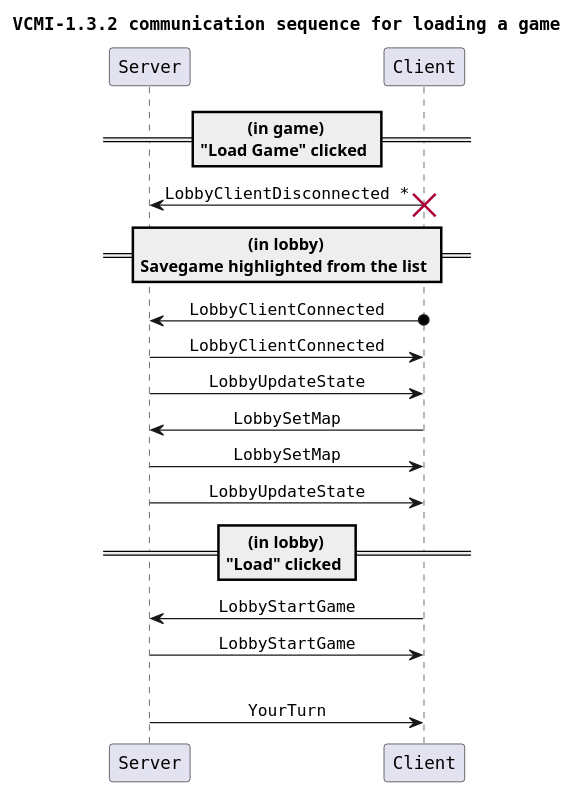
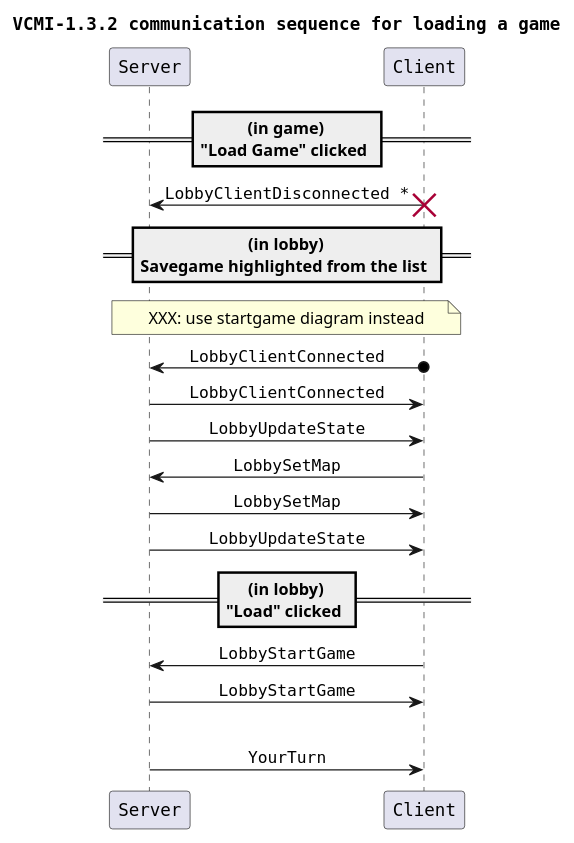
Before and after one commit to smanolloff/vcmi: the diagram in _notes/diagrams/communication-sequence-loadgame.puml, drawn with PlantUML. The commit also changed 23 other files, not shown here.

```diff
--- a/_notes/diagrams/communication-sequence-loadgame.puml
+++ b/_notes/diagrams/communication-sequence-loadgame.puml
@@ -2,33 +2,36 @@
 @startuml "vcmi-1.32-communication-sequence-loadgame"
 
 title "VCMI-1.3.2 communication sequence for loading a game"
 
 skinparam DefaultTextAlignment center
 skinparam DefaultFontName monospaced
 skinparam SequenceDividerFontName SansSerif
 skinparam NoteFontName SansSerif
 
 participant Server as server
 participant Client as client
 
 == (in game)\n"Load Game" clicked ==
 
 client -> server: LobbyClientDisconnected ~*
 destroy client
 
+
 == (in lobby)\nSavegame highlighted from the list ==
+
+note across: XXX: use startgame diagram instead
 
 client o-> server: LobbyClientConnected
 server -> client: LobbyClientConnected
 server -> client: LobbyUpdateState
 client -> server: LobbySetMap
 server -> client: LobbySetMap
 server -> client: LobbyUpdateState
 
 == (in lobby)\n"Load" clicked ==
 client -> server: LobbyStartGame
 server -> client: LobbyStartGame
 |||
 server -> client: YourTurn
 
 @enduml
```
